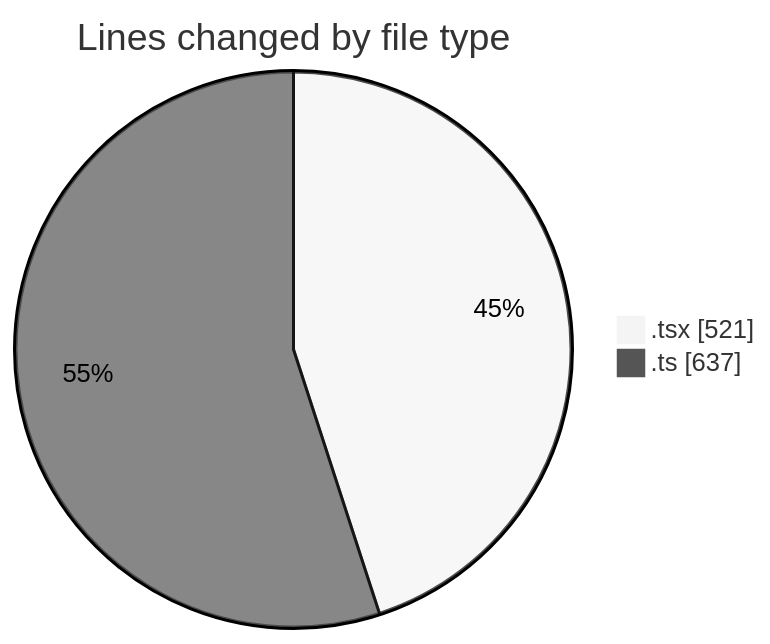
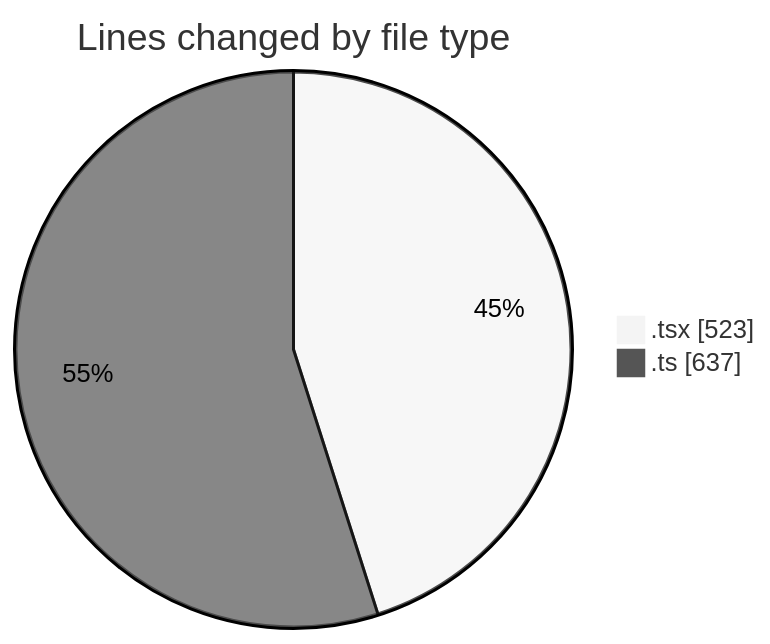
One commit to nxtqubesakshisongat/code-tracking changed the first of 2 diagrams in 2026-02-24/nxtqube_webapp/README.md. Above: the diagram before and after it, drawn with Mermaid (neutral theme). The commit also changed other lines of this file and 1 other file, not shown here.

````diff
--- a/2026-02-24/nxtqube_webapp/README.md
+++ b/2026-02-24/nxtqube_webapp/README.md
@@ -24,6 +24,6 @@
 ```mermaid
 pie showData
 title Lines changed by file type
-".tsx" : 521
+".tsx" : 523
 ".ts" : 637
 ```
````
